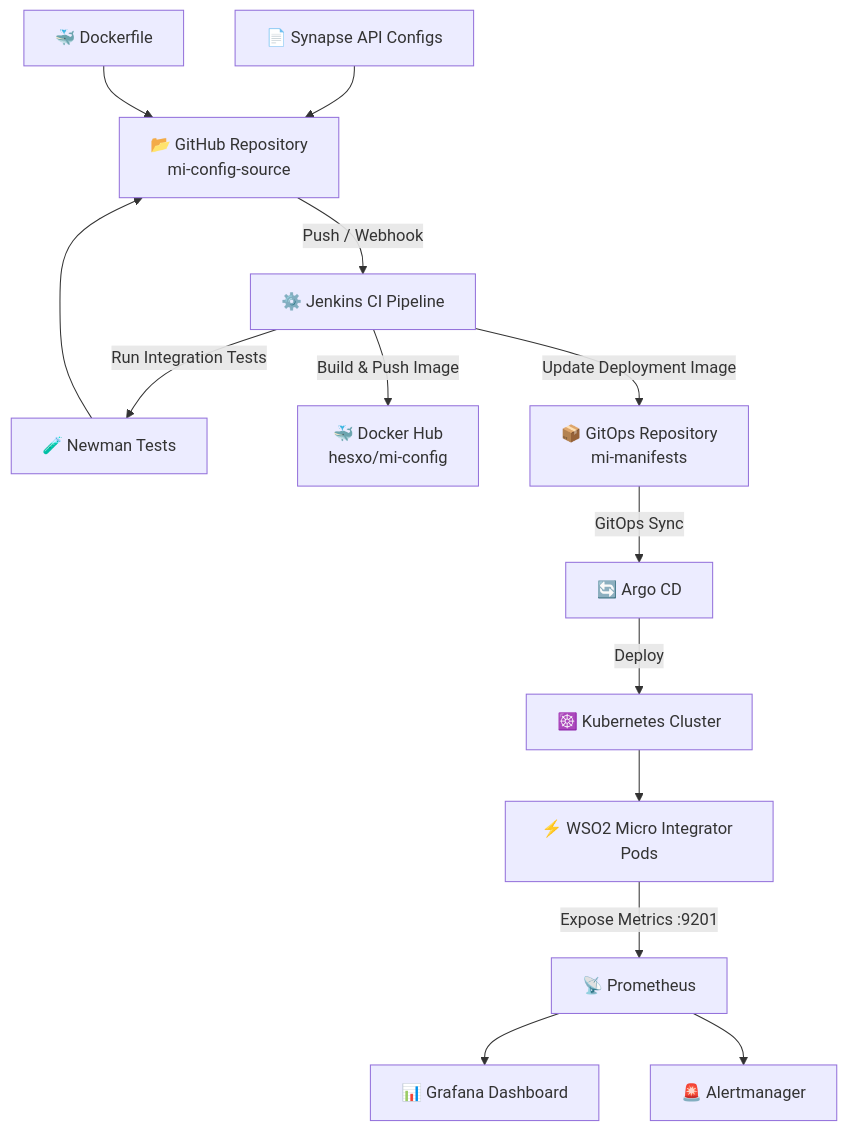
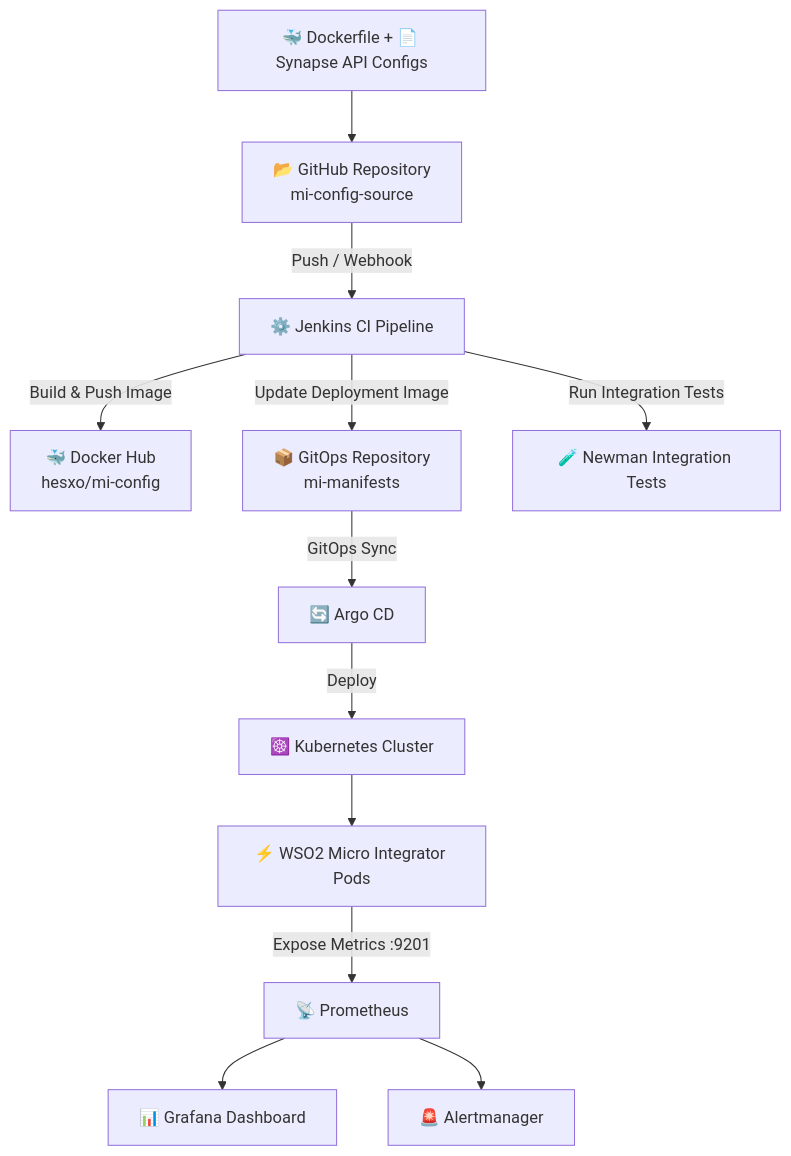
The diagram in README.md (hesxo/mi-config-source), drawn with Mermaid before and after one commit.

````diff
--- a/README.md
+++ b/README.md
@@ -48,59 +48,43 @@
 ```mermaid
 flowchart TD
 
-%% Source Layer
-A1[📄 Synapse API Configs]
-A2[🐳 Dockerfile]
-A3[🧪 Newman Tests]
+A[🐳 Dockerfile + 📄 Synapse API Configs]
 
-%% Source Repo
 B[📂 GitHub Repository<br/>mi-config-source]
 
-%% CI
 C[⚙️ Jenkins CI Pipeline]
 
-%% Registry
 D[🐳 Docker Hub<br/>hesxo/mi-config]
 
-%% GitOps Repo
-E[📦 GitOps Repository<br/>mi-manifests]
+E[🔄 Argo CD]
 
-%% CD
-F[🔄 Argo CD]
+F[☸️ Kubernetes Cluster]
 
-%% Runtime
-G[☸️ Kubernetes Cluster]
-H[⚡ WSO2 Micro Integrator Pods]
+G[⚡ WSO2 Micro Integrator Pods]
 
-%% Observability
-I[📡 Prometheus]
-J[📊 Grafana Dashboard]
-K[🚨 Alertmanager]
+H[📡 Prometheus]
 
-%% Source Flow
-A1 --> B
-A2 --> B
-A3 --> B
+I[📊 Grafana Dashboard]
 
-%% CI Trigger
+J[🚨 Alertmanager]
+
+K[📦 GitOps Repository<br/>mi-manifests]
+
+T[🧪 Newman Integration Tests]
+
+A --> B
 B -->|Push / Webhook| C
 
-%% CI Actions
-C -->|Run Integration Tests| A3
+C -->|Run Integration Tests| T
 C -->|Build & Push Image| D
-C -->|Update Deployment Image| E
+C -->|Update Deployment Image| K
 
-%% GitOps Deployment
-E -->|GitOps Sync| F
-F -->|Deploy| G
+K -->|GitOps Sync| E
+E -->|Deploy| F
 
-%% Runtime
-G --> H
+F --> G
+G -->|Expose Metrics :9201| H
 
-%% Monitoring
-H -->|Expose Metrics :9201| I
-
-%% Observability
-I --> J
-I --> K
+H --> I
+H --> J
 ```
````
